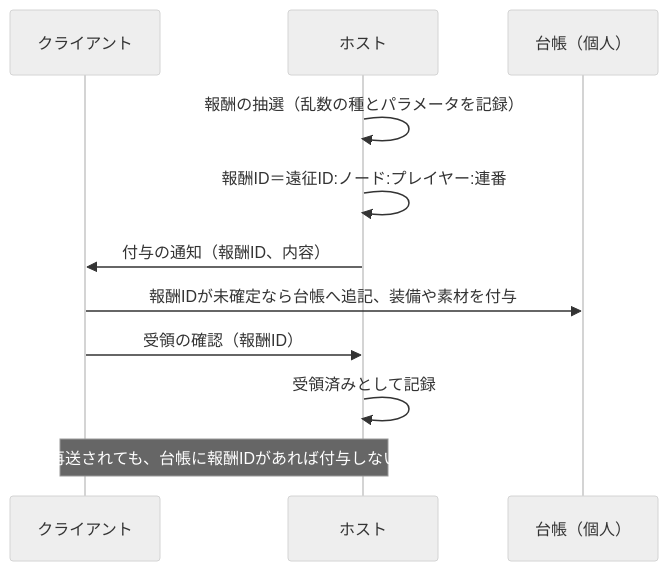
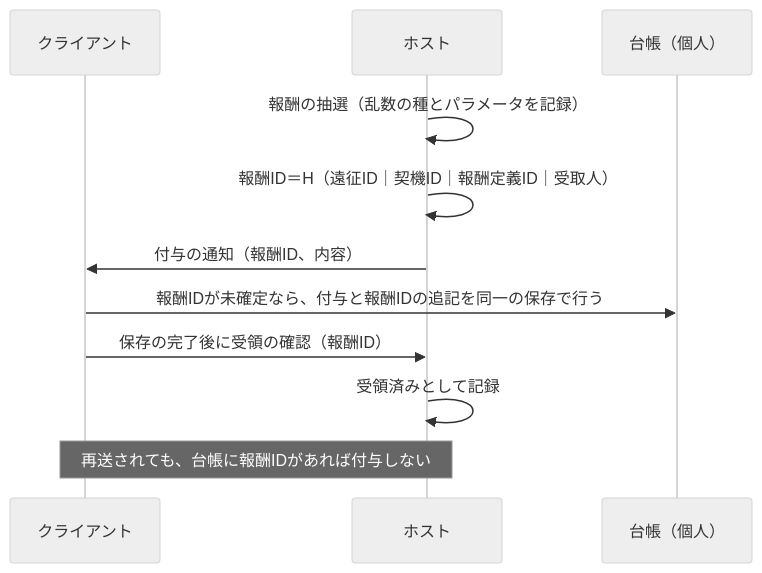
One commit to Kling0012/shape-of-dreams-rpg-plan changed the second of 2 diagrams in docs/appendix-c-spec.md. Above: the diagram before and after it, drawn with Mermaid (neutral theme). The commit also changed other lines of this file and 2 other files, not shown here.

````diff
--- a/docs/appendix-c-spec.md
+++ b/docs/appendix-c-spec.md
@@ -152,13 +154,13 @@
 ```mermaid
 sequenceDiagram
     participant C as クライアント
     participant H as ホスト
     participant L as 台帳（個人）
     H->>H: 報酬の抽選（乱数の種とパラメータを記録）
-    H->>H: 報酬ID＝遠征ID:ノード:プレイヤー:連番
+    H->>H: 報酬ID＝H（遠征ID｜契機ID｜報酬定義ID｜受取人）
     H->>C: 付与の通知（報酬ID、内容）
-    C->>L: 報酬IDが未確定なら台帳へ追記、装備や素材を付与
-    C->>H: 受領の確認（報酬ID）
+    C->>L: 報酬IDが未確定なら、付与と報酬IDの追記を同一の保存で行う
+    C->>H: 保存の完了後に受領の確認（報酬ID）
     H->>H: 受領済みとして記録
     Note over C,H: 再送されても、台帳に報酬IDがあれば付与しない
 ```
````
